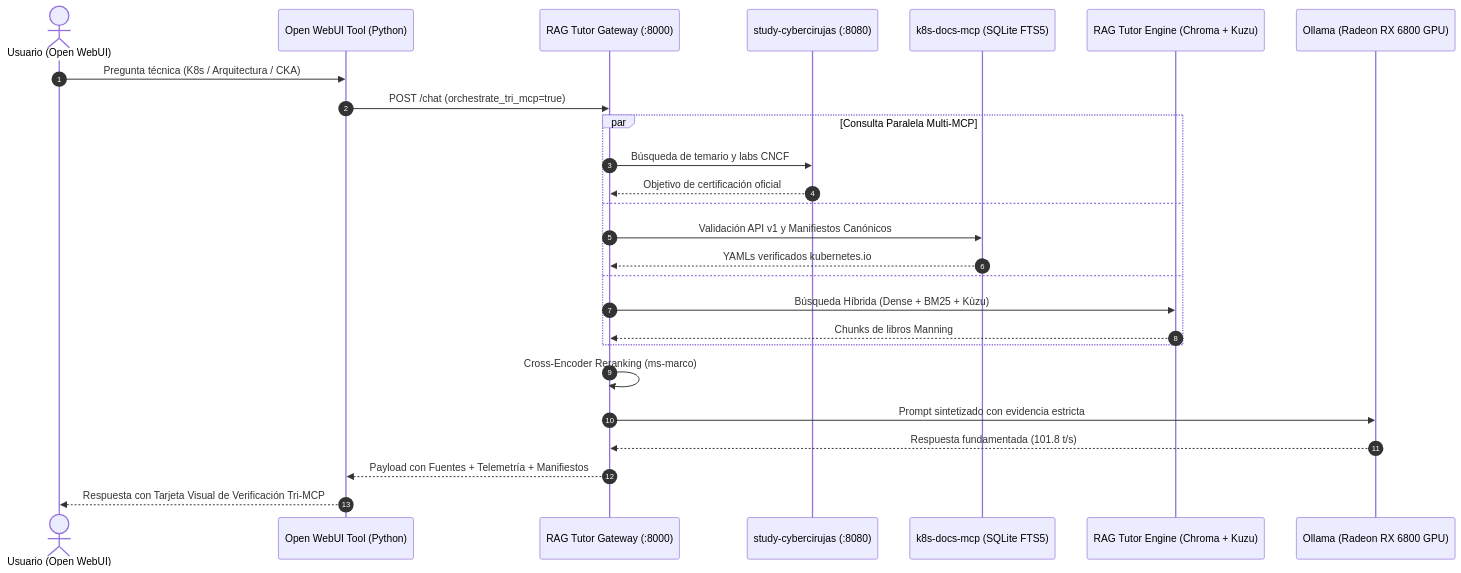
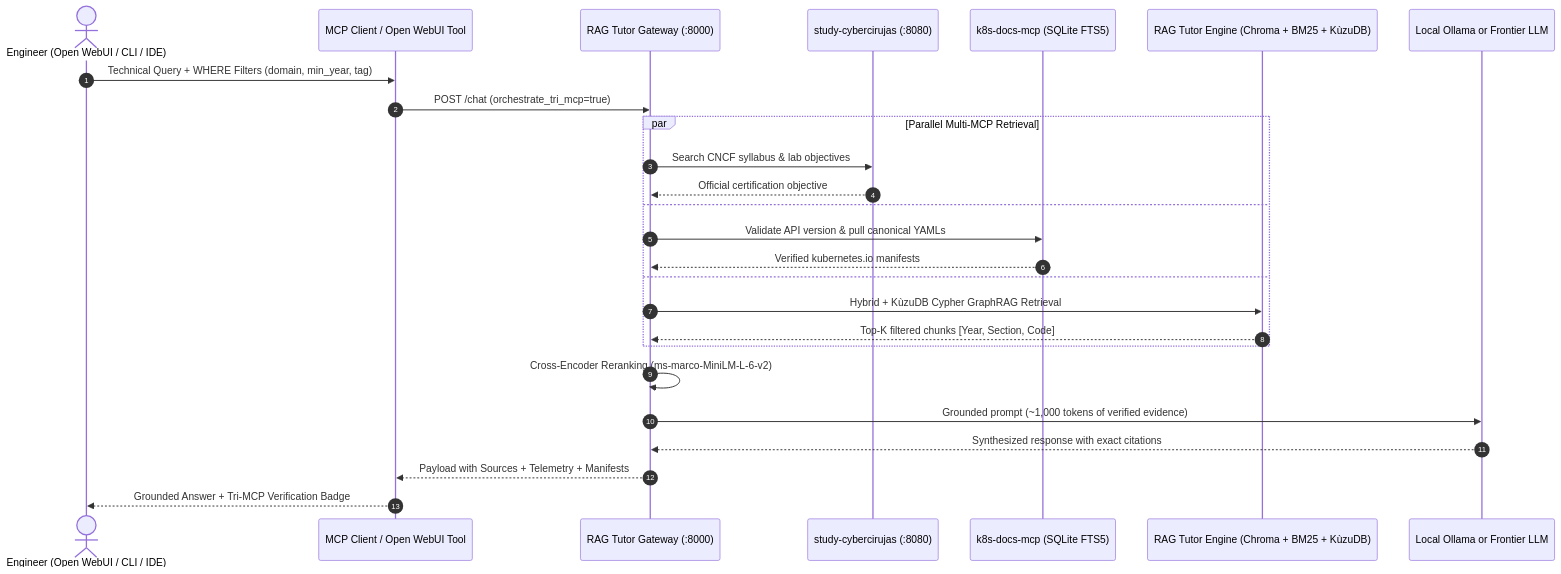
The second of 2 diagrams in README.md (villadalmine/rag-tutor), drawn with Mermaid before and after one commit. The commit also changed other lines of this file and 8 other files, not shown here.

Commit message:
docs: translate remaining README/runbooks/API to English and document new MCP & WHERE filters

````diff
--- a/README.md
+++ b/README.md
@@ -425,31 +442,31 @@
 ```mermaid
 sequenceDiagram
     autonumber
-    actor User as Usuario (Open WebUI)
-    participant UI as Open WebUI Tool (Python)
+    actor User as Engineer (Open WebUI / CLI / IDE)
+    participant UI as MCP Client / Open WebUI Tool
     participant GW as RAG Tutor Gateway (:8000)
     participant Study as study-cybercirujas (:8080)
     participant K8s as k8s-docs-mcp (SQLite FTS5)
-    participant RAG as RAG Tutor Engine (Chroma + Kuzu)
-    participant GPU as Ollama (Radeon RX 6800 GPU)
+    participant RAG as RAG Tutor Engine (Chroma + BM25 + KùzuDB)
+    participant LLM as Local Ollama or Frontier LLM
 
-    User->>UI: Pregunta técnica (K8s / Arquitectura / CKA)
+    User->>UI: Technical Query + WHERE Filters (domain, min_year, tag)
     UI->>GW: POST /chat (orchestrate_tri_mcp=true)
     
-    par Consulta Paralela Multi-MCP
-        GW->>Study: Búsqueda de temario y labs CNCF
-        Study-->>GW: Objetivo de certificación oficial
+    par Parallel Multi-MCP Retrieval
+        GW->>Study: Search CNCF syllabus & lab objectives
+        Study-->>GW: Official certification objective
     and
-        GW->>K8s: Validación API v1 y Manifiestos Canónicos
-        K8s-->>GW: YAMLs verificados kubernetes.io
+        GW->>K8s: Validate API version & pull canonical YAMLs
+        K8s-->>GW: Verified kubernetes.io manifests
     and
-        GW->>RAG: Búsqueda Híbrida (Dense + BM25 + Kùzu)
-        RAG-->>GW: Chunks de libros Manning
+        GW->>RAG: Hybrid + KùzuDB Cypher GraphRAG Retrieval
+        RAG-->>GW: Top-K filtered chunks [Year, Section, Code]
     end
 
-    GW->>GW: Cross-Encoder Reranking (ms-marco)
-    GW->>GPU: Prompt sintetizado con evidencia estricta
-    GPU-->>GW: Respuesta fundamentada (101.8 t/s)
-    GW-->>UI: Payload con Fuentes + Telemetría + Manifiestos
-    UI-->>User: Respuesta con Tarjeta Visual de Verificación Tri-MCP
+    GW->>GW: Cross-Encoder Reranking (ms-marco-MiniLM-L-6-v2)
+    GW->>LLM: Grounded prompt (~1,000 tokens of verified evidence)
+    LLM-->>GW: Synthesized response with exact citations
+    GW-->>UI: Payload with Sources + Telemetry + Manifests
+    UI-->>User: Grounded Answer + Tri-MCP Verification Badge
 ```
````
